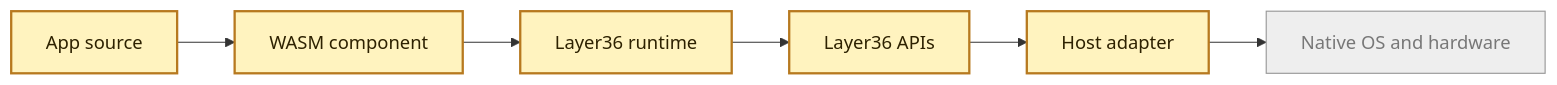
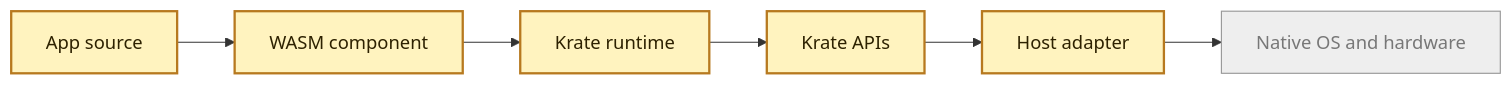
Before and after one commit to incyashraj/krate: the diagram in docs/book/src/introduction.md, drawn with Mermaid. The commit also changed other lines of this file and 342 other files, not shown here.

First line of the commit message:
feat!: rename Layer36 to Krate across the entire system (A9 Phase B)

````diff
--- a/docs/book/src/introduction.md
+++ b/docs/book/src/introduction.md
@@ -23,16 +23,16 @@
 ```mermaid
 flowchart LR
     A["App source"] --> B["WASM component"]
-    B --> C["Layer36 runtime"]
-    C --> D["Layer36 APIs"]
+    B --> C["Krate runtime"]
+    C --> D["Krate APIs"]
     D --> E["Host adapter"]
     E --> F["Native OS and hardware"]
 
     classDef done fill:#d9fbe3,stroke:#16833a,color:#102a17,stroke-width:2px;
     classDef current fill:#fff3bf,stroke:#b7791f,color:#2d2100,stroke-width:2px;
     classDef pending fill:#eeeeee,stroke:#999999,color:#777777,stroke-width:1px;
 
     class A,B,C,D current;
     class E current;
     class F pending;
 ```
````
